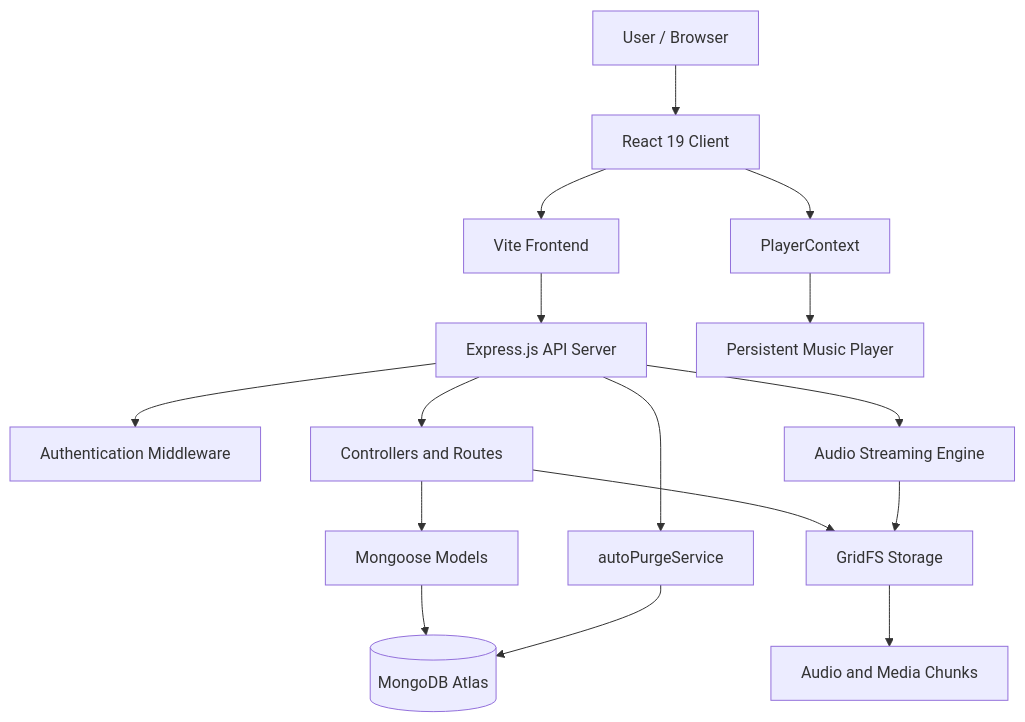
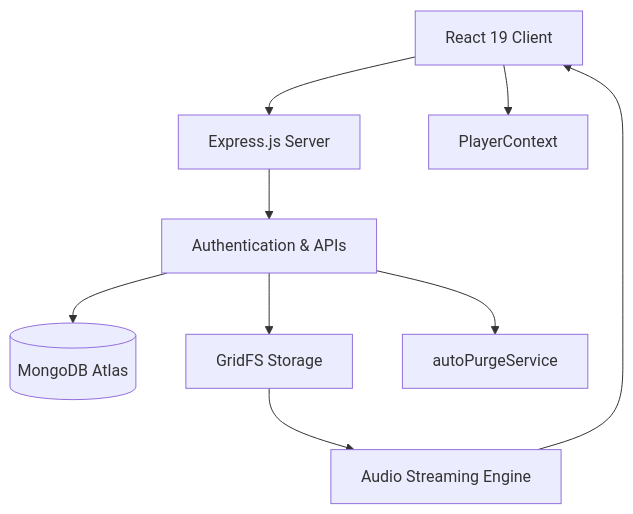
Before and after one commit to marcusfuzi/fuzi-verse: the diagram in README.md, drawn with Mermaid. The commit also changed other lines of this file, not shown here.

````diff
--- a/README.md
+++ b/README.md
@@ -166,24 +69,11 @@
 ```mermaid
 flowchart TD
-    A[User / Browser] --> B[React 19 Client]
-    B --> C[Vite Frontend]
-    C --> D[Express.js API Server]
-
-    D --> E[Authentication Middleware]
-    D --> F[Controllers and Routes]
-
-    F --> G[Mongoose Models]
-    G --> H[(MongoDB Atlas)]
-
-    F --> I[GridFS Storage]
-    I --> J[Audio and Media Chunks]
-
-    D --> K[Audio Streaming Engine]
-    K --> I
-
-    D --> L[autoPurgeService]
-    L --> H
-
-    B --> M[PlayerContext]
-    M --> N[Persistent Music Player]
+    A[React 19 Client] --> B[Express.js Server]
+    B --> C[Authentication & APIs]
+    C --> D[(MongoDB Atlas)]
+    C --> E[GridFS Storage]
+    E --> F[Audio Streaming Engine]
+    F --> A
+    C --> G[autoPurgeService]
+    A --> H[PlayerContext]
 ```
````
